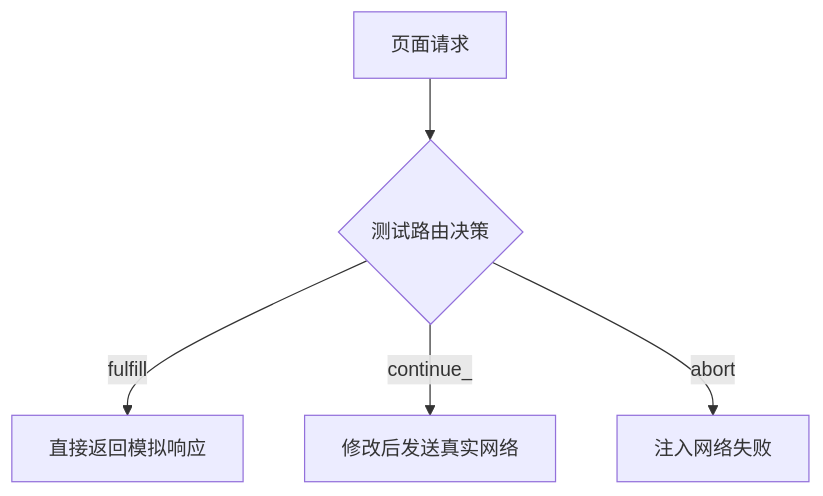
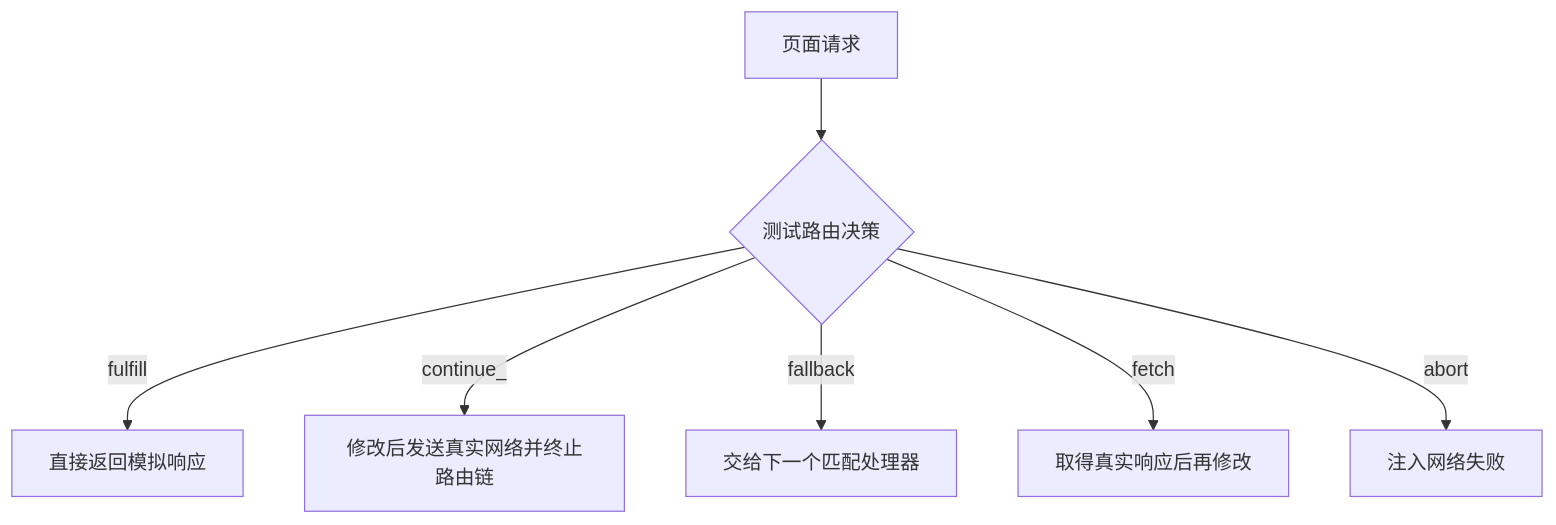
The diagram in source/_posts/learn-topic/playwright/Playwright文档(九)API与网络.md (koco-co/hexo-blog), drawn with Mermaid before and after one commit. The commit also changed other lines of this file and 45 other files, not shown here.

```diff
--- a/source/_posts/learn-topic/playwright/Playwright文档(九)API与网络.md
+++ b/source/_posts/learn-topic/playwright/Playwright文档(九)API与网络.md
@@ -84,7 +151,9 @@
 {% mermaid %}
 flowchart TD
   R[页面请求] --> D{测试路由决策}
   D -->|fulfill| F[直接返回模拟响应]
-  D -->|continue_| C[修改后发送真实网络]
+  D -->|continue_| C[修改后发送真实网络并终止路由链]
+  D -->|fallback| B[交给下一个匹配处理器]
+  D -->|fetch| X[取得真实响应后再修改]
   D -->|abort| A[注入网络失败]
 {% endmermaid %}
```
